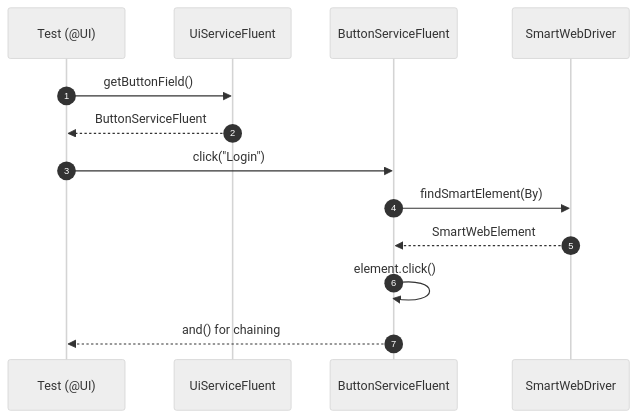
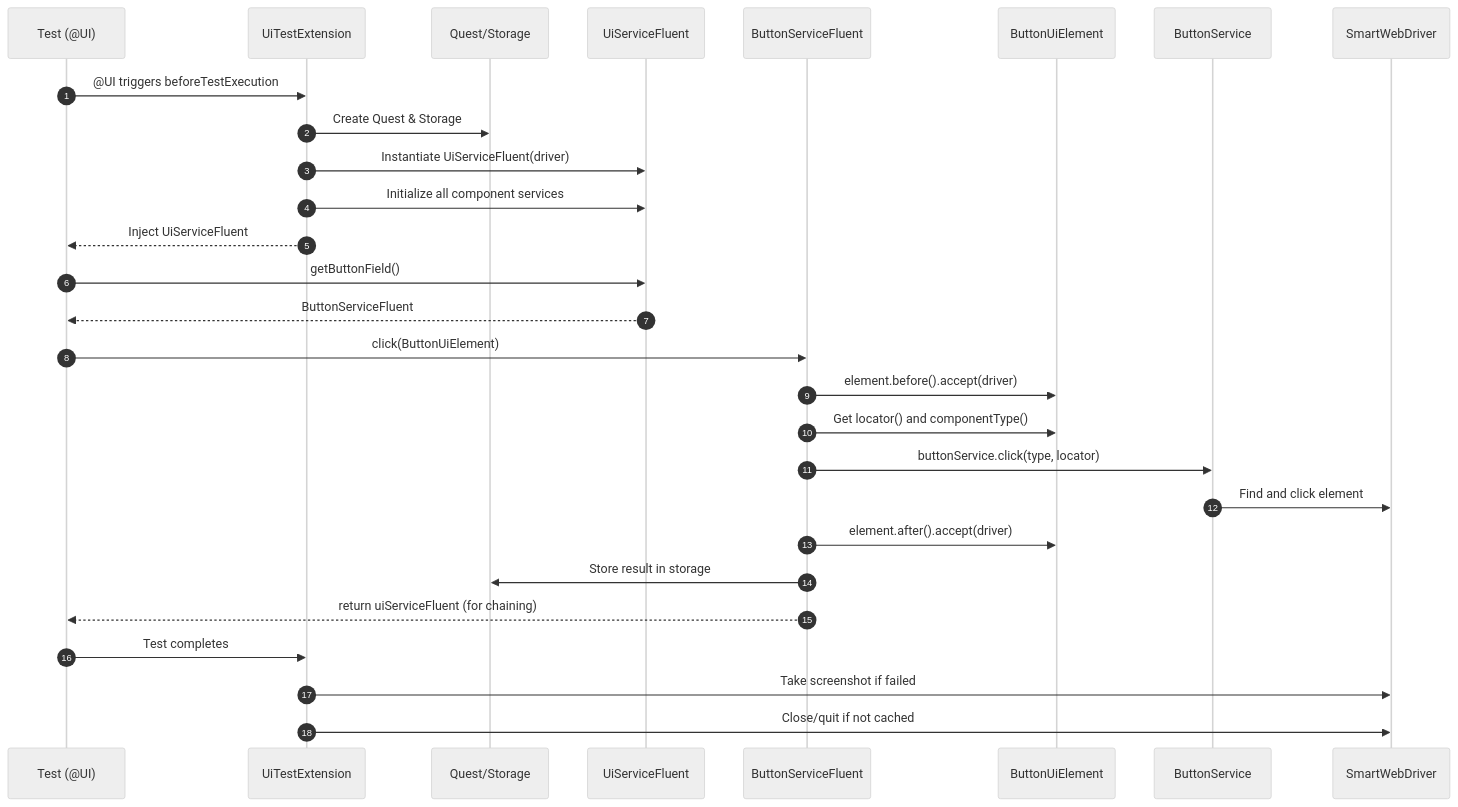
One commit to CyborgCodeSyndicate/roa-libraries changed the third of 3 diagrams in ui-interactor-test-framework-adapter/README.md. Above: the diagram before and after it, drawn with Mermaid (neutral theme). The commit also changed other lines of this file, not shown here.

````diff
--- a/ui-interactor-test-framework-adapter/README.md
+++ b/ui-interactor-test-framework-adapter/README.md
@@ -100,16 +204,33 @@
 ```mermaid
 sequenceDiagram
-  autonumber
-  participant T as Test (@UI)
-  participant UF as UiServiceFluent
-  participant BF as ButtonServiceFluent
-  participant D as SmartWebDriver
+    autonumber
+    participant Test as Test (@UI)
+    participant Ext as UiTestExtension
+    participant Quest as Quest/Storage
+    participant UF as UiServiceFluent
+    participant BF as ButtonServiceFluent
+    participant Elem as ButtonUiElement
+    participant BS as ButtonService
+    participant Driver as SmartWebDriver
 
-  T->>UF: getButtonField()
-  UF-->>T: ButtonServiceFluent
-  T->>BF: click("Login")
-  BF->>D: findSmartElement(By)
-  D-->>BF: SmartWebElement
-  BF->>BF: element.click()
-  BF-->>T: and() for chaining
+    Test->>Ext: @UI triggers beforeTestExecution
+    Ext->>Quest: Create Quest & Storage
+    Ext->>UF: Instantiate UiServiceFluent(driver)
+    Ext->>UF: Initialize all component services
+    Ext-->>Test: Inject UiServiceFluent
+    
+    Test->>UF: getButtonField()
+    UF-->>Test: ButtonServiceFluent
+    Test->>BF: click(ButtonUiElement)
+    BF->>Elem: element.before().accept(driver)
+    BF->>Elem: Get locator() and componentType()
+    BF->>BS: buttonService.click(type, locator)
+    BS->>Driver: Find and click element
+    BF->>Elem: element.after().accept(driver)
+    BF->>Quest: Store result in storage
+    BF-->>Test: return uiServiceFluent (for chaining)
+    
+    Test->>Ext: Test completes
+    Ext->>Driver: Take screenshot if failed
+    Ext->>Driver: Close/quit if not cached
 ```
````
